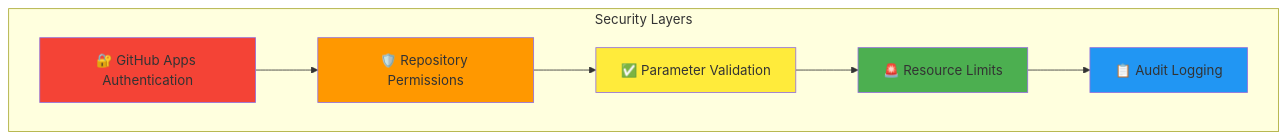
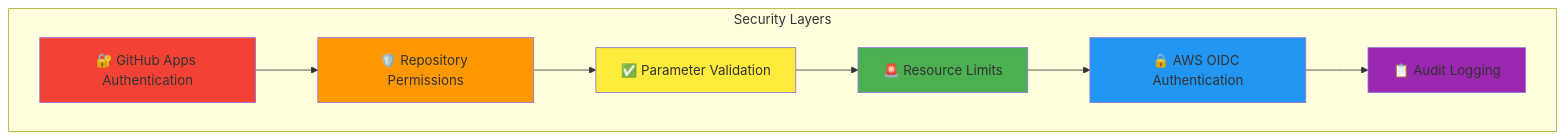
The seventh of 7 diagrams in ECS_Task_Definition_Management.md (clf13092/ecs-task-definition-management), drawn with Mermaid before and after one commit. The commit also changed other lines of this file, not shown here.

````diff
--- a/ECS_Task_Definition_Management.md
+++ b/ECS_Task_Definition_Management.md
@@ -438,21 +546,24 @@
 ```mermaid
 graph TD
     subgraph "Security Layers"
         L1[🔐 GitHub Apps Authentication]
         L2[🛡️ Repository Permissions]
         L3[✅ Parameter Validation]
         L4[🚨 Resource Limits]
-        L5[📋 Audit Logging]
+        L5[🔒 AWS OIDC Authentication]
+        L6[📋 Audit Logging]
     end
     
     L1 --> L2
     L2 --> L3
     L3 --> L4
     L4 --> L5
+    L5 --> L6
     
     style L1 fill:#f44336
     style L2 fill:#ff9800
     style L3 fill:#ffeb3b
     style L4 fill:#4caf50
     style L5 fill:#2196f3
+    style L6 fill:#9c27b0
 ```
````
